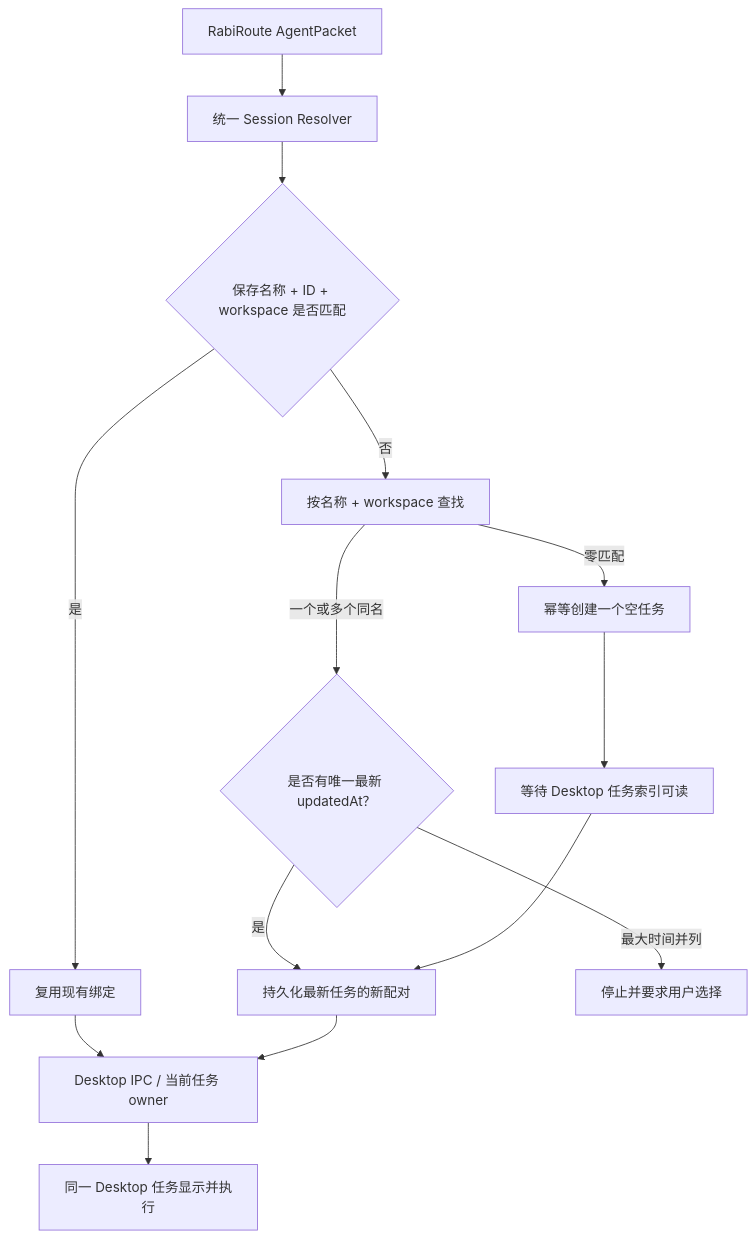
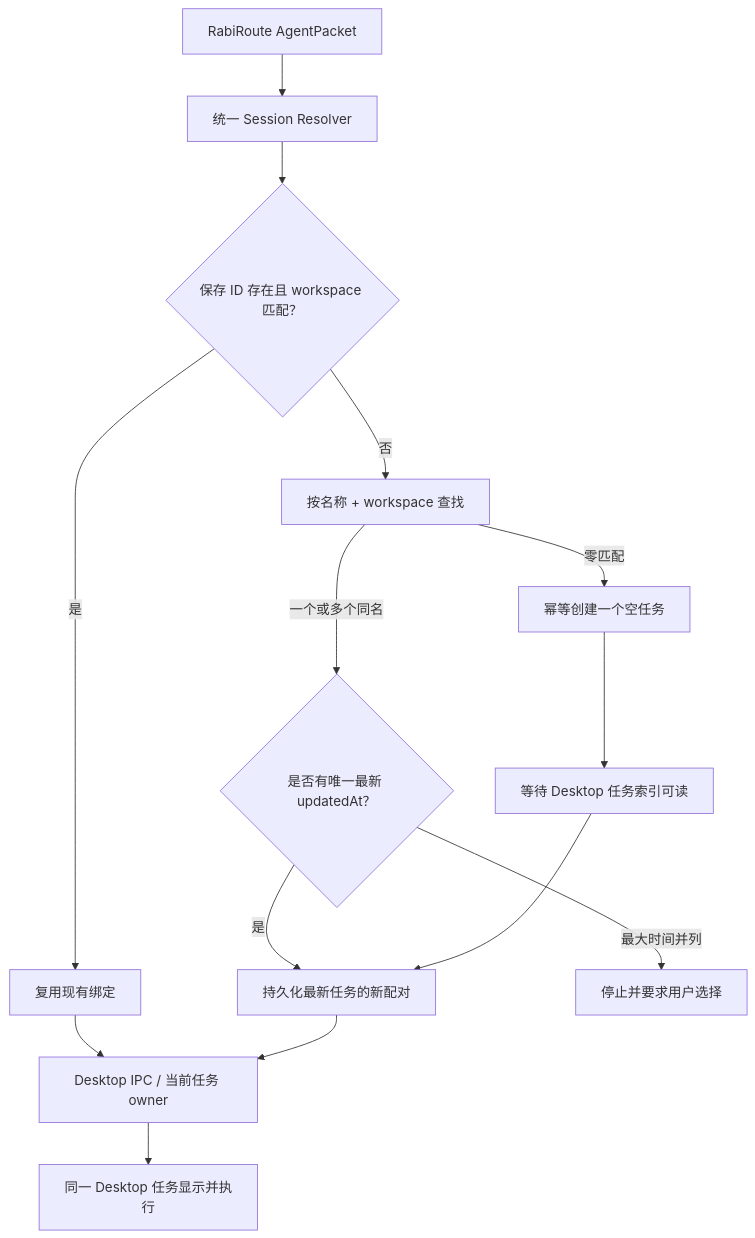
Before and after one commit to vb2250158/RabiRoute: the diagram in docs/codex-desktop-agent-acceptance.md, drawn with Mermaid. The commit also changed other lines of this file and 21 other files, not shown here.

````diff
--- a/docs/codex-desktop-agent-acceptance.md
+++ b/docs/codex-desktop-agent-acceptance.md
@@ -37,16 +37,16 @@
 ```mermaid
 flowchart TD
     R["RabiRoute AgentPacket"] --> S["统一 Session Resolver"]
-    S --> V{"保存名称 + ID + workspace 是否匹配"}
+    S --> V{"保存 ID 存在且 workspace 匹配？"}
     V -->|"是"| B["复用现有绑定"]
     V -->|"否"| L["按名称 + workspace 查找"]
     L -->|"一个或多个同名"| N{"是否有唯一最新 updatedAt？"}
     L -->|"零匹配"| C["幂等创建一个空任务"]
     N -->|"是"| P["持久化最新任务的新配对"]
     N -->|"最大时间并列"| A["停止并要求用户选择"]
     C --> W["等待 Desktop 任务索引可读"]
     W --> P
     B --> D["Desktop IPC / 当前任务 owner"]
     P --> D
     D --> T["同一 Desktop 任务显示并执行"]
 ```
````
